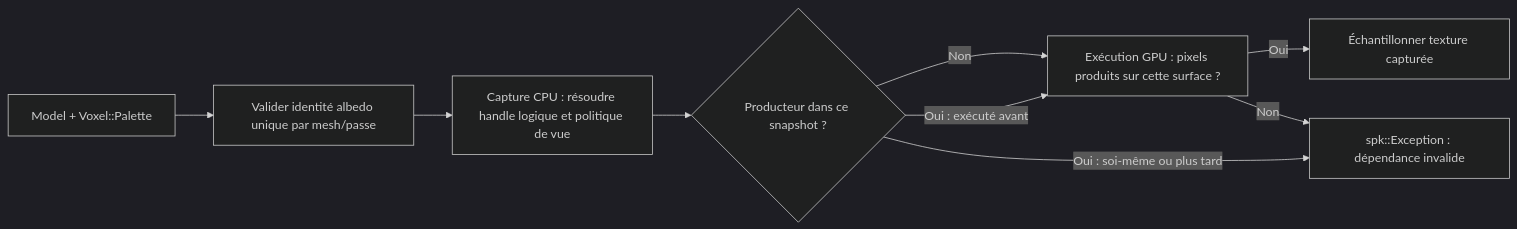
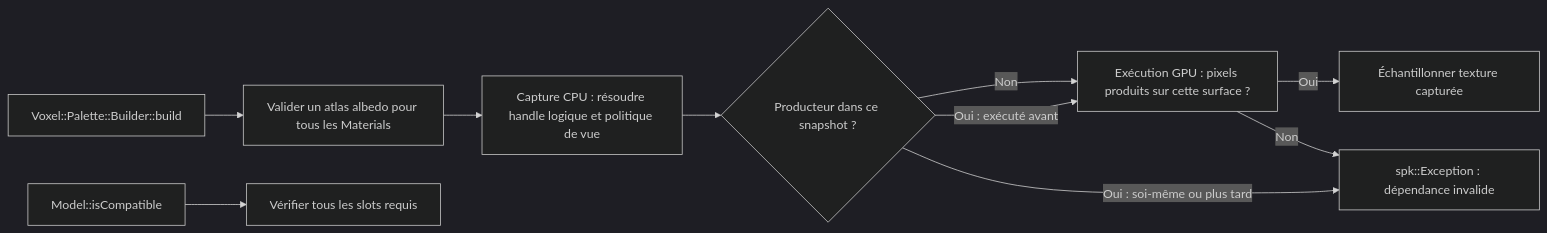
The fifth of 10 diagrams in docs/voxel-engine-v0.1.4/07-vues-et-passes.md (EreliaStudio/Sparkle), drawn with Mermaid (dark theme) before and after one commit.

Commit message:
PR-07: align voxel docs on one atlas per palette, Model checks slots only

````diff
--- a/docs/voxel-engine-v0.1.4/07-vues-et-passes.md
+++ b/docs/voxel-engine-v0.1.4/07-vues-et-passes.md
@@ -396,11 +396,12 @@
 ```mermaid
 flowchart LR
-  Model["Model + Voxel::Palette"] --> Atlas["Valider identité albedo unique par mesh/passe"]
+  Palette["Voxel::Palette::Builder::build"] --> Atlas["Valider un atlas albedo pour tous les Materials"]
+  Model["Model::isCompatible"] --> Slots["Vérifier tous les slots requis"]
   Atlas --> Capture["Capture CPU : résoudre handle logique et politique de vue"]
   Capture --> Earlier{"Producteur dans ce snapshot ?"}
   Earlier -->|"Oui : exécuté avant"| GPU["Exécution GPU : pixels produits sur cette surface ?"]
   Earlier -->|"Oui : soi-même ou plus tard"| Reject["spk::Exception : dépendance invalide"]
   Earlier -->|"Non"| GPU
   GPU -->|"Oui"| Sample["Échantillonner texture capturée"]
   GPU -->|"Non"| Reject
 ```
````
